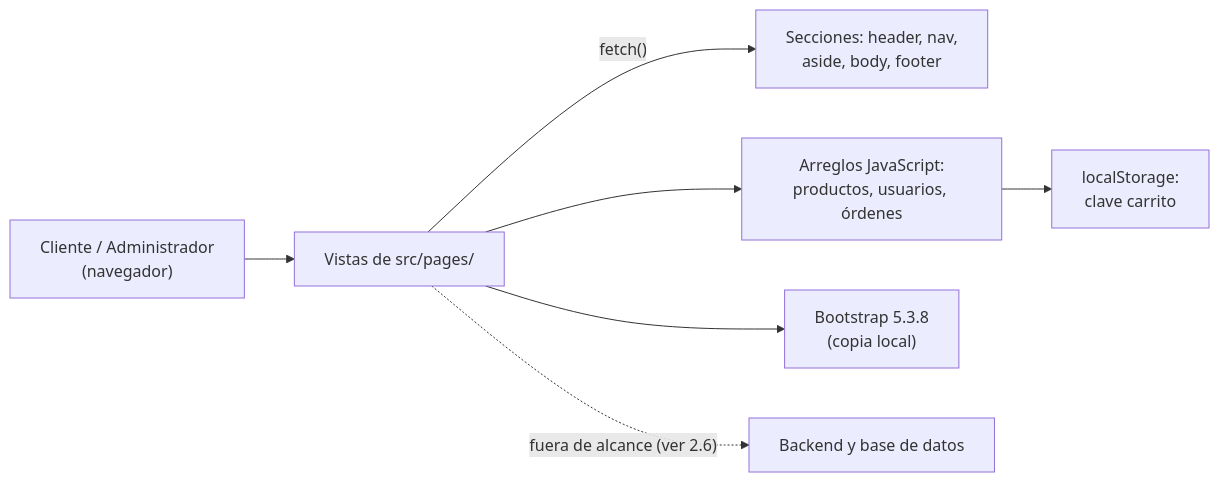
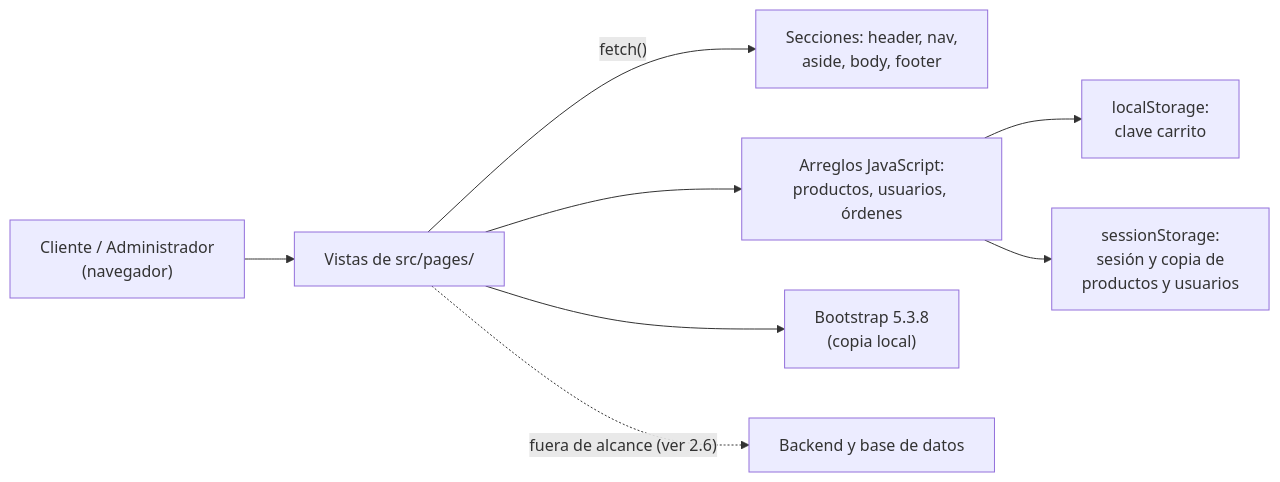
Before and after one commit to daemunozr/web_store: the first of 3 diagrams in README.md, drawn with Mermaid. The commit also changed other lines of this file, not shown here.

Commit message:
rut example fix, and added localStorage ans sessionStorage in API Web Storage desciption

````diff
--- a/README.md
+++ b/README.md
@@ -196,9 +198,10 @@
 ```mermaid
 flowchart LR
   U["Cliente / Administrador<br/>(navegador)"] --> V["Vistas de src/pages/"]
   V -- "fetch()" --> S["Secciones: header, nav,<br/>aside, body, footer"]
   V --> A["Arreglos JavaScript:<br/>productos, usuarios, órdenes"]
   A --> L["localStorage:<br/>clave carrito"]
+  A --> SS["sessionStorage:<br/>sesión y copia de<br/>productos y usuarios"]
   V --> B["Bootstrap 5.3.8<br/>(copia local)"]
   V -. "fuera de alcance (ver 2.6)" .-> X["Backend y base de datos"]
 ```
````
